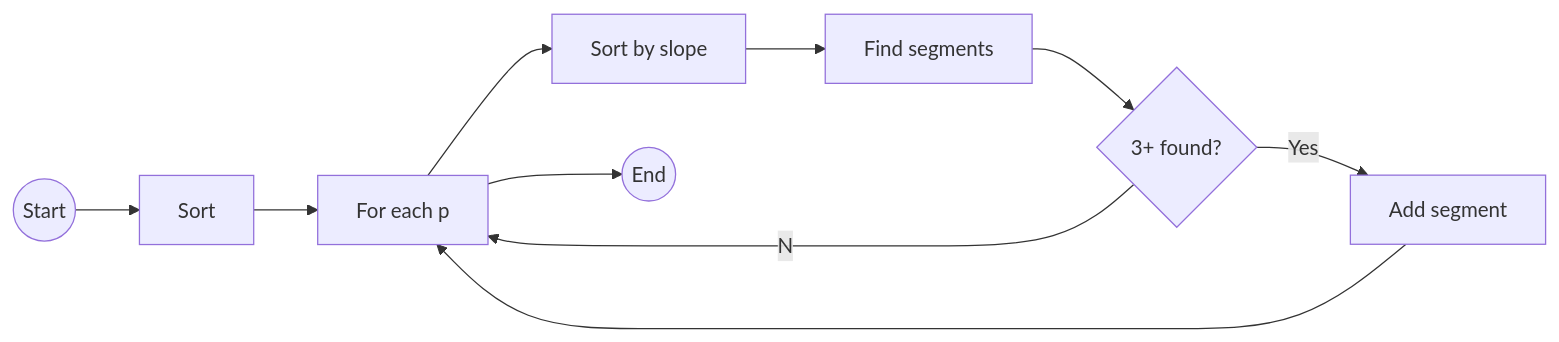
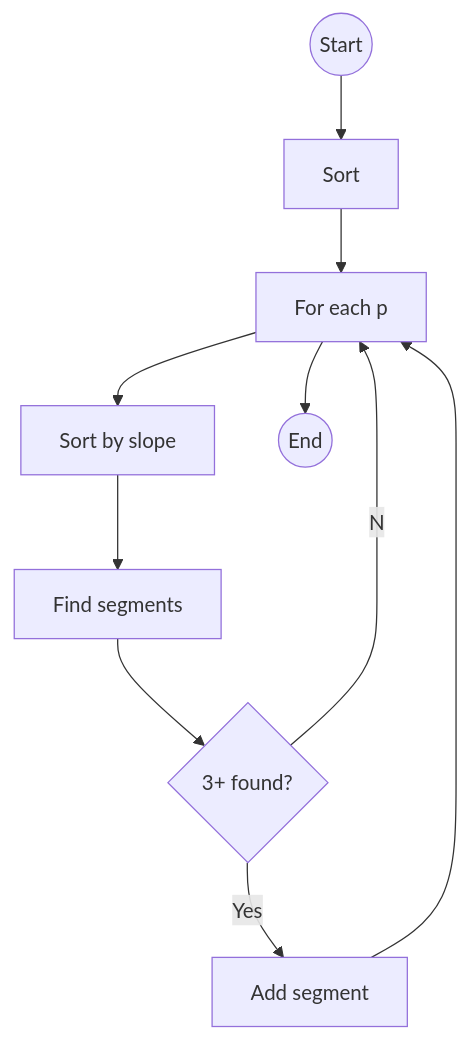
Before and after one commit to AmpongJkevin2/Flowchart-: the diagram in problemSet4/FastCollinearPoints.mmd, drawn with Mermaid. The commit also changed 6 other files, not shown here.

```diff
--- a/problemSet4/FastCollinearPoints.mmd
+++ b/problemSet4/FastCollinearPoints.mmd
@@ -1,1 +1,1 @@
-graph LR; A((Start))-->B[Sort]-->C[For each p]-->D[Sort by slope]-->E[Find segments]-->F{3+ found?}; F--Yes-->G[Add segment]-->C; F--No-->C; C-->H((End));
+graph TD; A((Start))-->B[Sort]-->C[For each p]-->D[Sort by slope]-->E[Find segments]-->F{3+ found?}; F--Yes-->G[Add segment]-->C; F--No-->C; C-->H((End));
```
